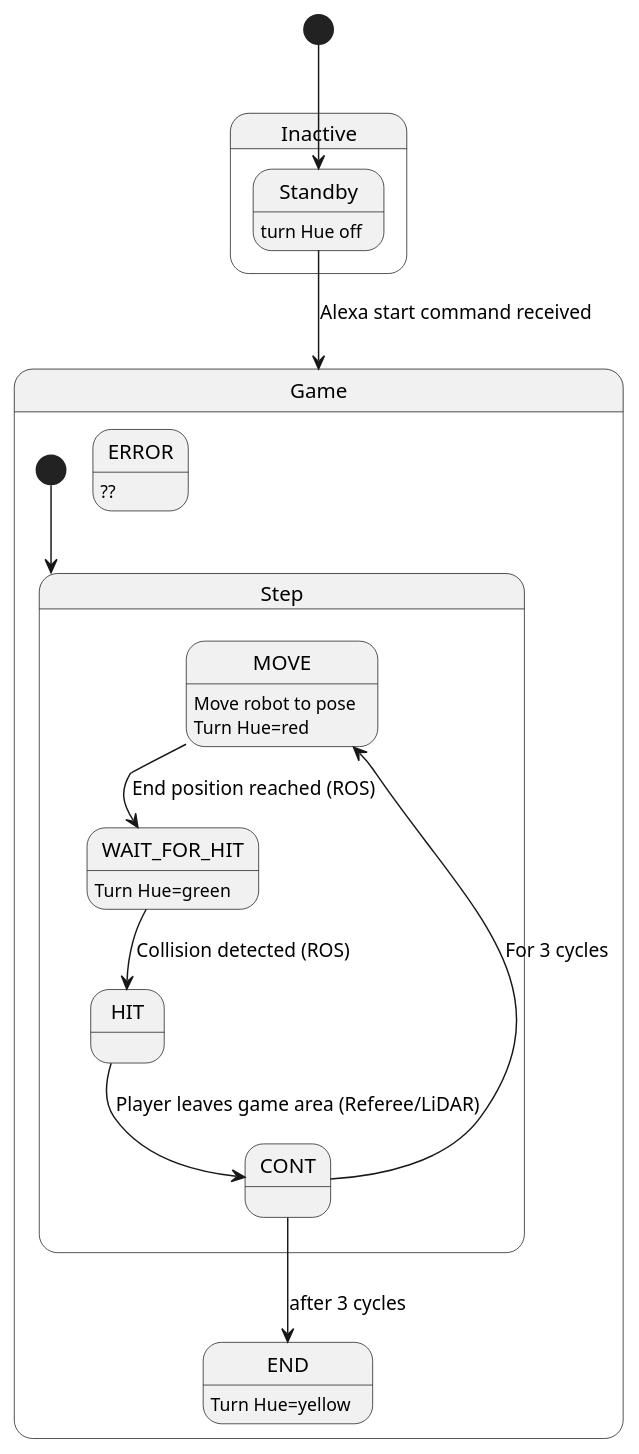
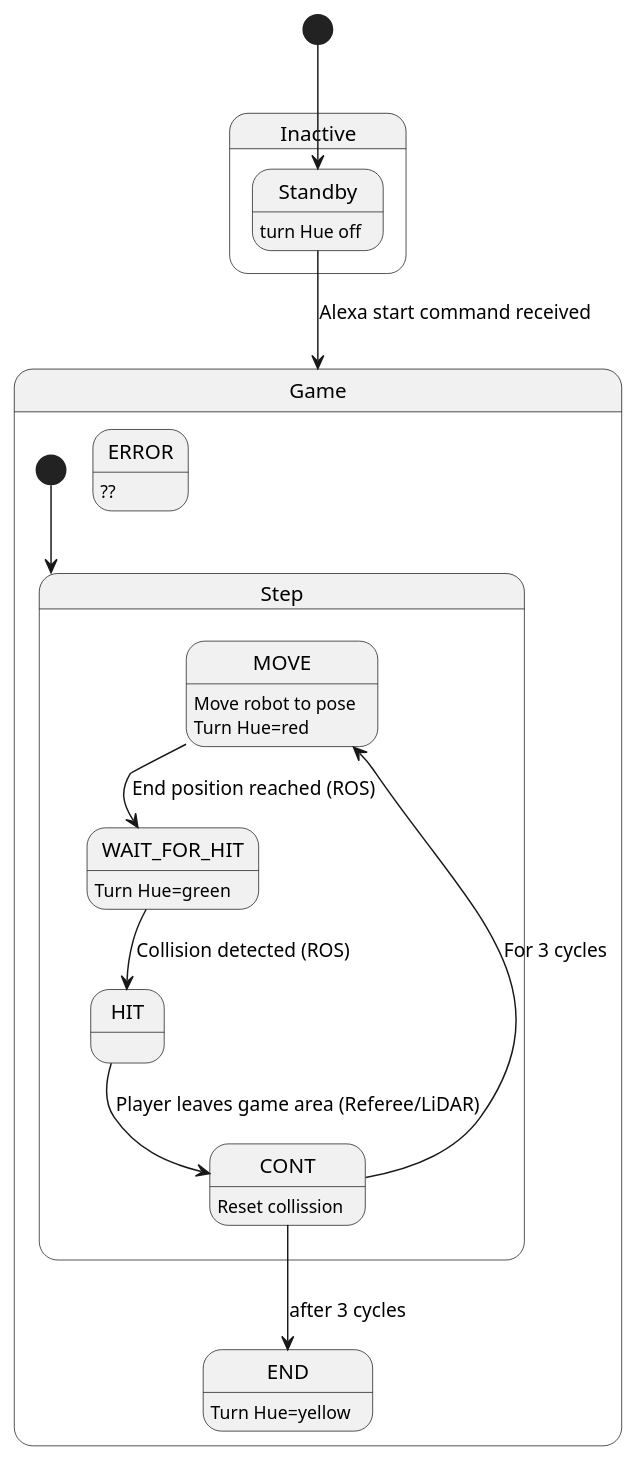
One commit to anoff/ric changed the diagram in assets/statemachine.iuml. Above: the diagram before and after it, drawn with PlantUML. The commit also changed 1 other file, not shown here.

```diff
--- a/assets/statemachine.iuml
+++ b/assets/statemachine.iuml
@@ -1,30 +1,31 @@
 @startuml statemachine
 skinparam monochrome true
 
 state Inactive {
   Standby : turn Hue off
 }
 
 [*] --> Standby
 
 state Game {
   state Step {
     MOVE: Move robot to pose
     MOVE: Turn Hue=red
 
     WAIT_FOR_HIT : Turn Hue=green
+    CONT : Reset collission
     HIT --> CONT : Player leaves game area (Referee/LiDAR)
 
     MOVE --> WAIT_FOR_HIT : End position reached (ROS)
     WAIT_FOR_HIT --> HIT : Collision detected (ROS)
     CONT --> MOVE : For 3 cycles
   }
   END : Turn Hue=yellow
   CONT --> END : after 3 cycles
   [*] --> Step
   Standby --> Game : Alexa start command received
 
   ERROR : ??
 }
 
 @enduml
```
